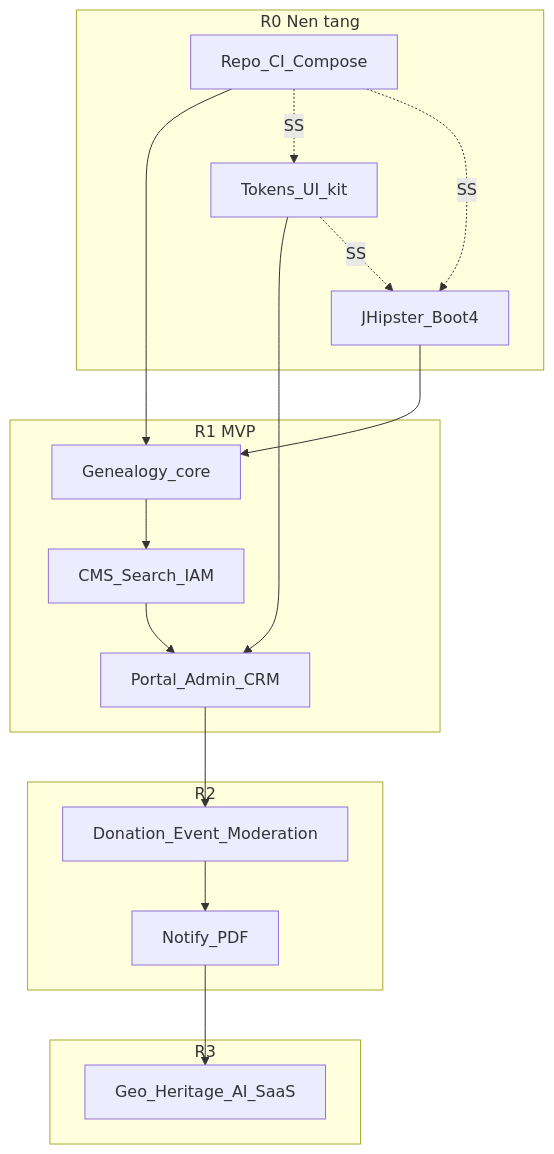
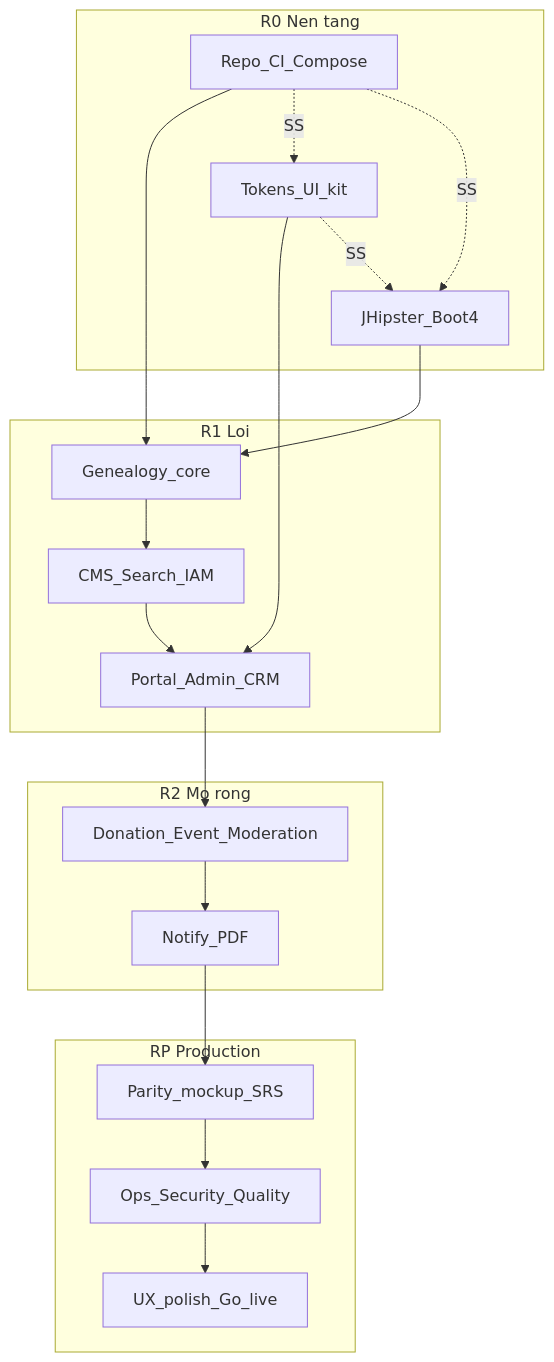
The diagram in instruction/13-ke-hoach-thuc-hien.md (caprocute/GiaPhaDongHo), drawn with Mermaid before and after one commit. The commit also changed other lines of this file and 1 other file, not shown here.

First line of the commit message:
[docs] thay R3 bằng kế hoạch RP production — TK-13

````diff
--- a/instruction/13-ke-hoach-thuc-hien.md
+++ b/instruction/13-ke-hoach-thuc-hien.md
@@ -6,31 +7,35 @@
 ```mermaid
 flowchart TB
   subgraph r0 [R0 Nen tang]
     A[Repo_CI_Compose]
     B[Tokens_UI_kit]
     C[JHipster_Boot4]
   end
-  subgraph r1 [R1 MVP]
+  subgraph r1 [R1 Loi]
     D[Genealogy_core]
     E[CMS_Search_IAM]
     F[Portal_Admin_CRM]
   end
-  subgraph r2 [R2]
+  subgraph r2 [R2 Mo rong]
     G[Donation_Event_Moderation]
     H[Notify_PDF]
   end
-  subgraph r3 [R3]
-    I[Geo_Heritage_AI_SaaS]
+  subgraph rp [RP Production]
+    P1[Parity_mockup_SRS]
+    P2[Ops_Security_Quality]
+    P3[UX_polish_Go_live]
   end
   A --> D
   B --> F
   C --> D
   D --> E
   E --> F
   F --> G
   G --> H
-  H --> I
+  H --> P1
+  P1 --> P2
+  P2 --> P3
   A -.SS.-> B
   A -.SS.-> C
   B -.SS.-> C
 ```
````
